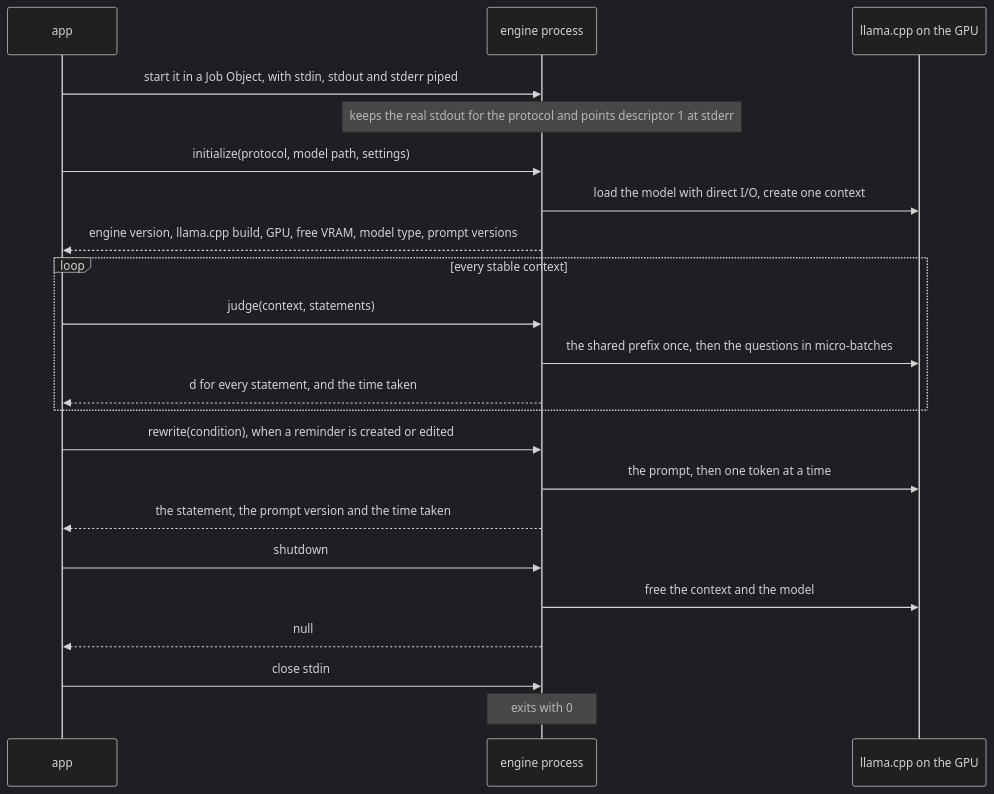
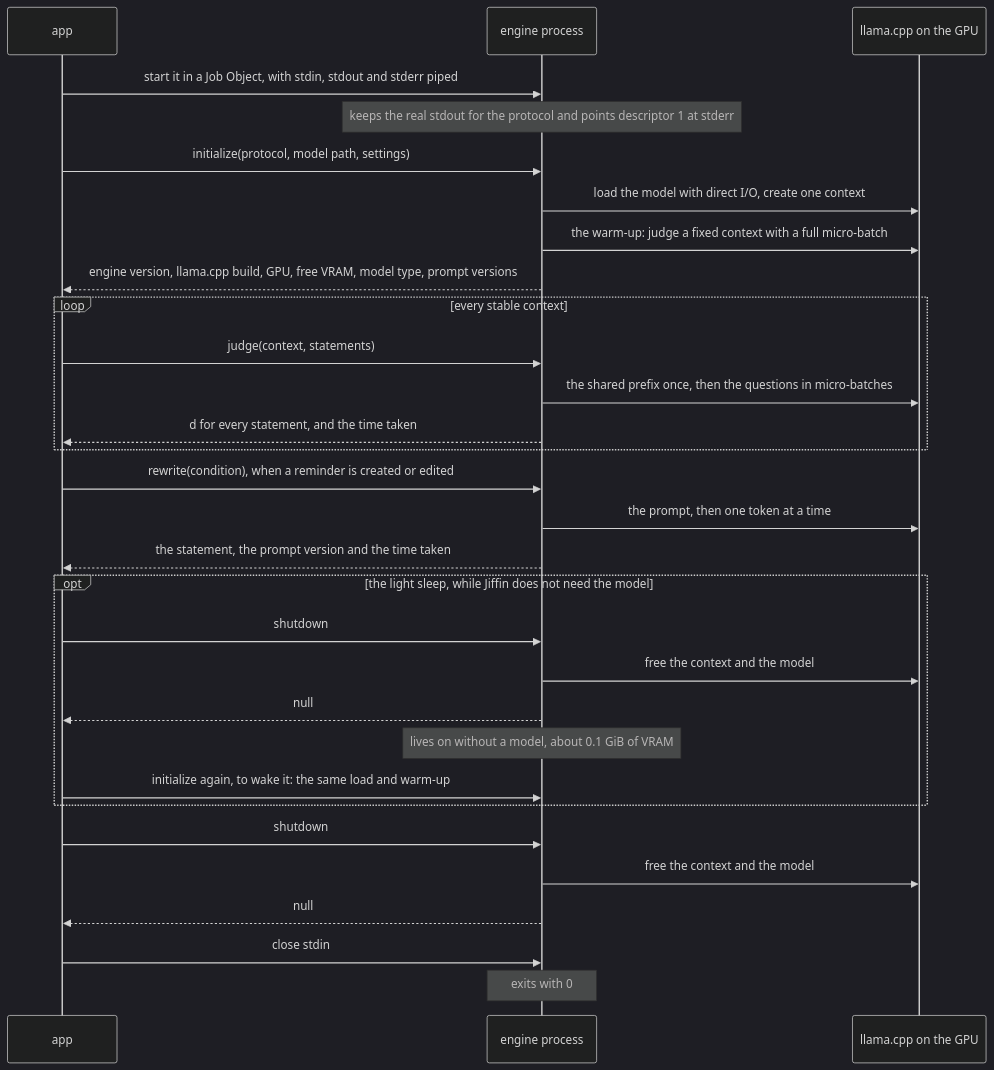
Before and after one commit to devfrx/jiffin: the second of 4 diagrams in docs/design/engine.md, drawn with Mermaid (dark theme). The commit also changed other lines of this file and 21 other files, not shown here.

First line of the commit message:
feat: let the engine sleep when Jiffin does not need it (#160)

````diff
--- a/docs/design/engine.md
+++ b/docs/design/engine.md
@@ -60,25 +62,33 @@
 ```mermaid
 sequenceDiagram
     participant A as app
     participant E as engine process
     participant L as llama.cpp on the GPU
 
     A->>E: start it in a Job Object, with stdin, stdout and stderr piped
     Note over E: keeps the real stdout for the protocol and points descriptor 1 at stderr
     A->>E: initialize(protocol, model path, settings)
     E->>L: load the model with direct I/O, create one context
+    E->>L: the warm-up: judge a fixed context with a full micro-batch
     E-->>A: engine version, llama.cpp build, GPU, free VRAM, model type, prompt versions
     loop every stable context
         A->>E: judge(context, statements)
         E->>L: the shared prefix once, then the questions in micro-batches
         E-->>A: d for every statement, and the time taken
     end
     A->>E: rewrite(condition), when a reminder is created or edited
     E->>L: the prompt, then one token at a time
     E-->>A: the statement, the prompt version and the time taken
+    opt the light sleep, while Jiffin does not need the model
+        A->>E: shutdown
+        E->>L: free the context and the model
+        E-->>A: null
+        Note over E: lives on without a model, about 0.1 GiB of VRAM
+        A->>E: initialize again, to wake it: the same load and warm-up
+    end
     A->>E: shutdown
     E->>L: free the context and the model
     E-->>A: null
     A->>E: close stdin
     Note over E: exits with 0
 ```
````
